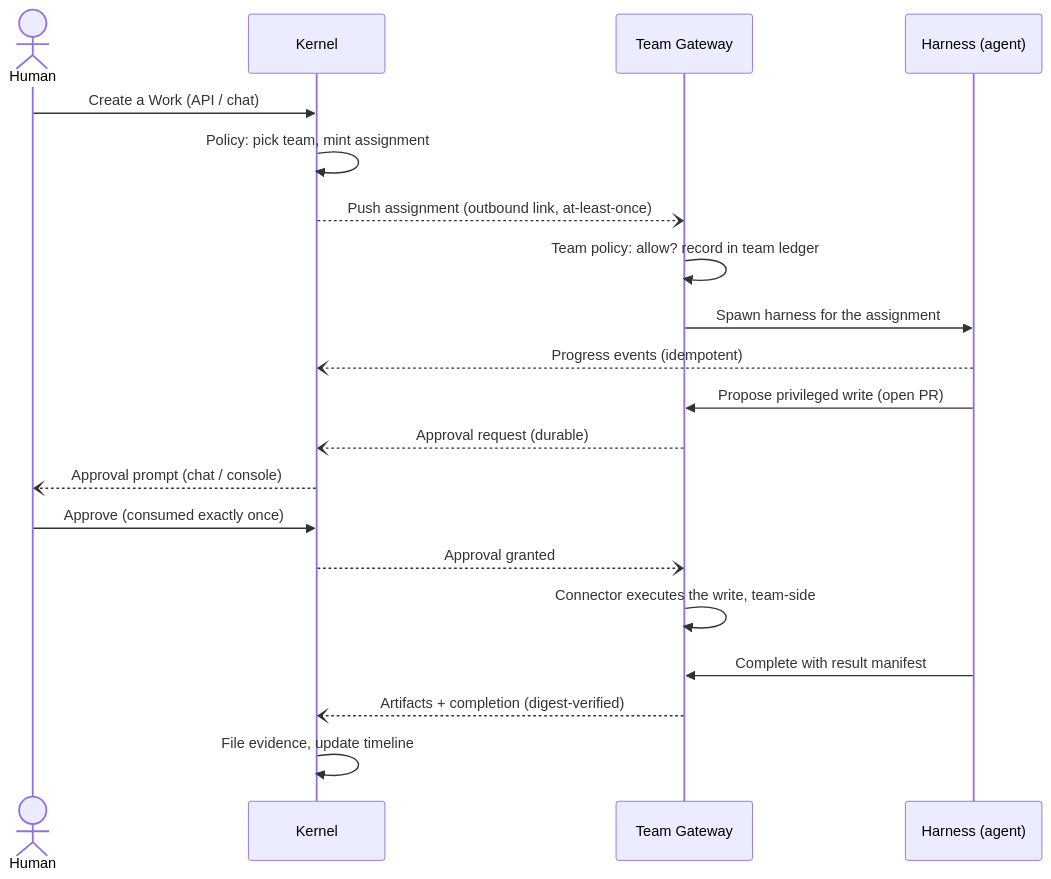
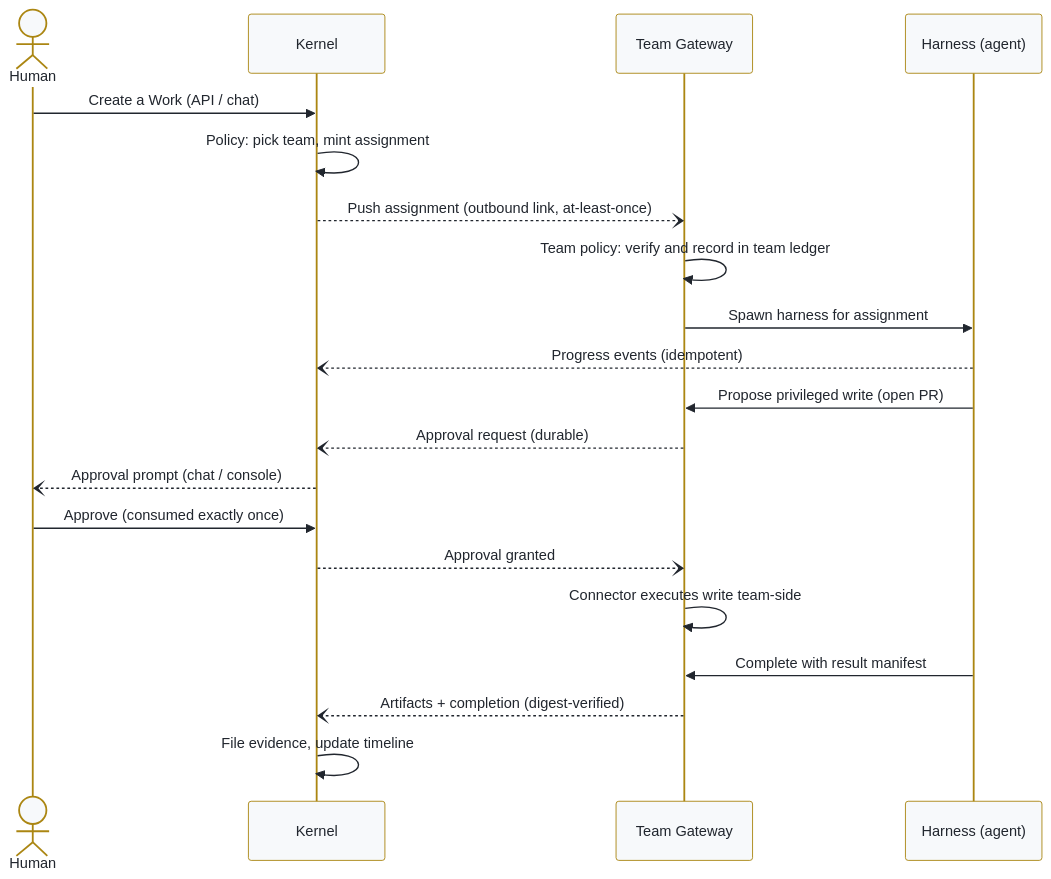
The second of 2 diagrams in site/src/pages/what.md (denisekart/open-facilitator), drawn with Mermaid before and after one commit. The commit also changed other lines of this file and 13 other files, not shown here.

````diff
--- a/site/src/pages/what.md
+++ b/site/src/pages/what.md
@@ -68,22 +47,23 @@
 ```mermaid title="One assignment, hop by hop — every arrow outbound from the team"
+%%{init: {"theme": "base", "themeVariables": {"primaryColor": "#f7f9fb", "primaryBorderColor": "#ab8612", "primaryTextColor": "#21262e", "lineColor": "#676f7c", "secondaryColor": "#faf2d6"}}}%%
 sequenceDiagram
     actor H as Human
     participant K as Kernel
     participant G as Team Gateway
     participant W as Harness (agent)
     H->>K: Create a Work (API / chat)
     K->>K: Policy: pick team, mint assignment
     K--)G: Push assignment (outbound link, at-least-once)
-    G->>G: Team policy: allow? record in team ledger
-    G->>W: Spawn harness for the assignment
+    G->>G: Team policy: verify and record in team ledger
+    G->>W: Spawn harness for assignment
     W--)K: Progress events (idempotent)
     W->>G: Propose privileged write (open PR)
     G--)K: Approval request (durable)
     K--)H: Approval prompt (chat / console)
     H->>K: Approve (consumed exactly once)
     K--)G: Approval granted
-    G->>G: Connector executes the write, team-side
+    G->>G: Connector executes write team-side
     W->>G: Complete with result manifest
     G--)K: Artifacts + completion (digest-verified)
     K->>K: File evidence, update timeline
 ```
````
